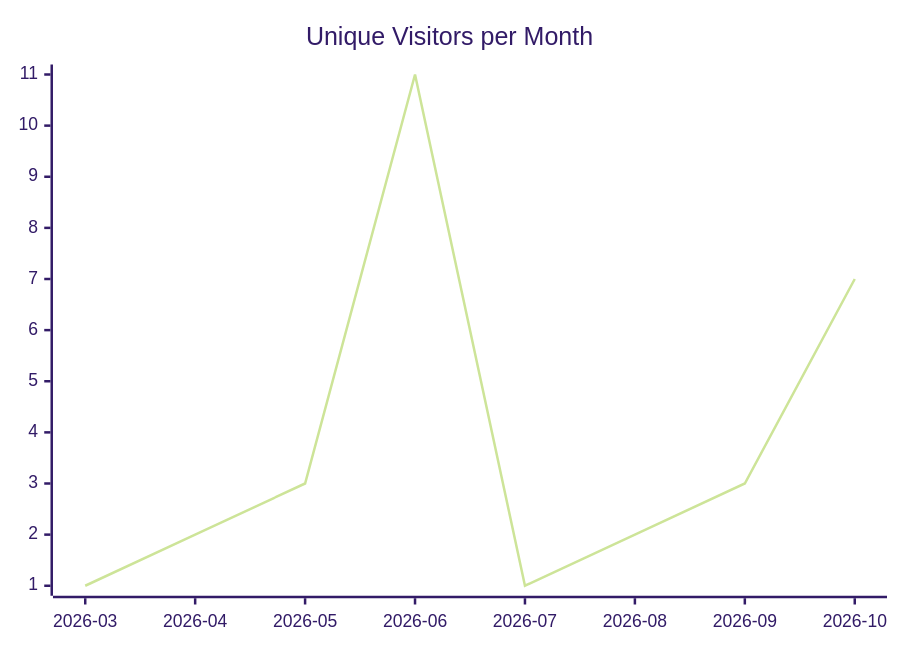
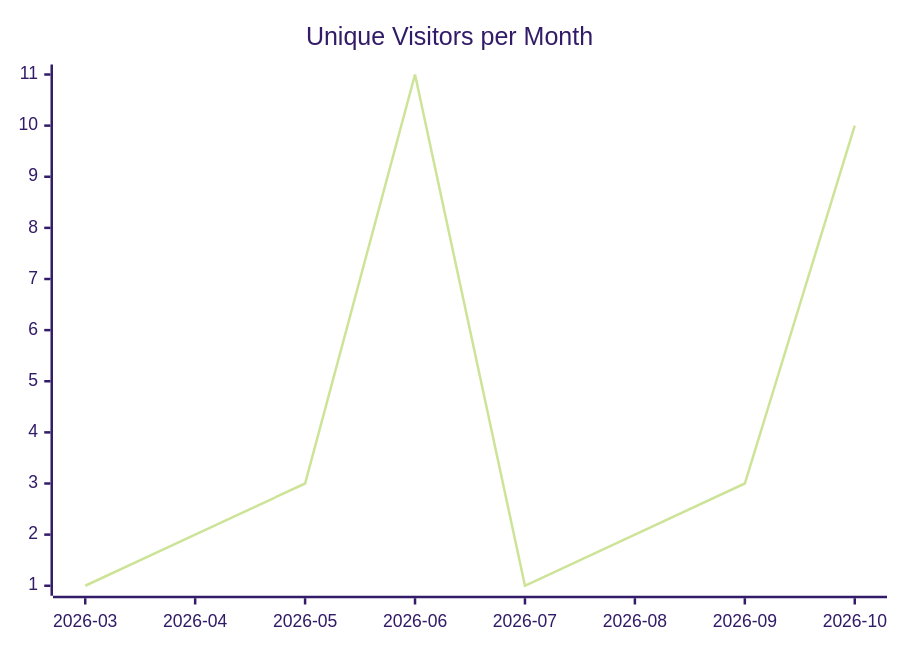
One commit to justdavis-family/github-analytics-data changed the first of 3 diagrams in karlmdavis/justdavis-ansible/README.md. Above: the diagram before and after it, drawn with Mermaid (forest theme). The commit also changed other lines of this file and 199 other files, not shown here.

````diff
--- a/karlmdavis/justdavis-ansible/README.md
+++ b/karlmdavis/justdavis-ansible/README.md
@@ -5,6 +5,6 @@
 ```mermaid
 xychart-beta
   title "Unique Visitors per Month"
   x-axis ["2026-03", "2026-04", "2026-05", "2026-06", "2026-07", "2026-08", "2026-09", "2026-10"]
-  line [1, 2, 3, 11, 1, 2, 3, 7]
+  line [1, 2, 3, 11, 1, 2, 3, 10]
 ```
````
